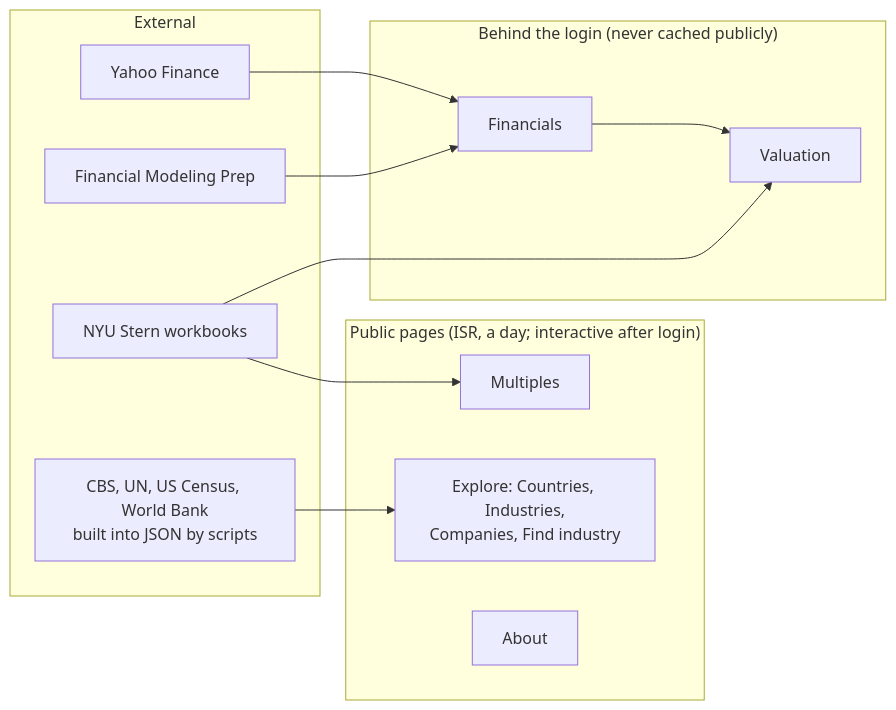
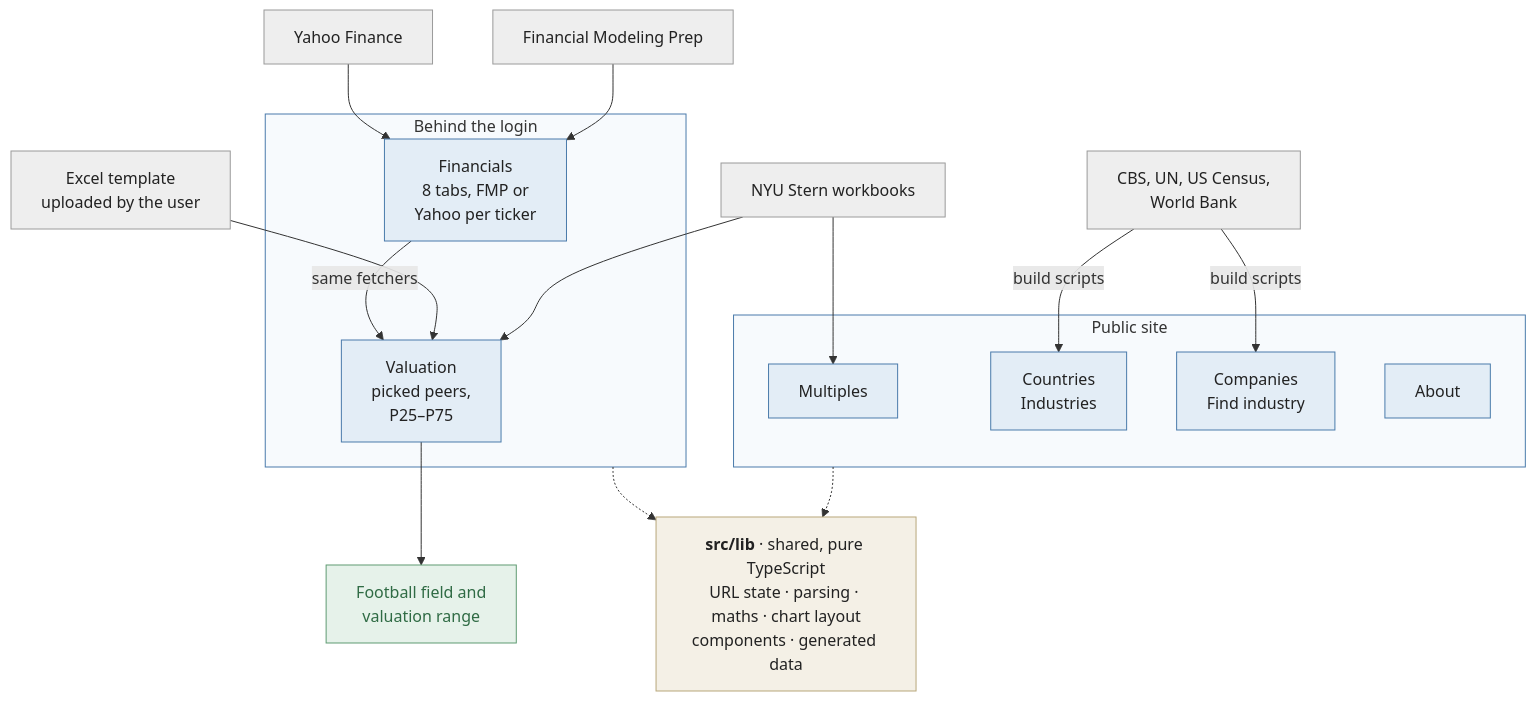
The first of 2 diagrams in docs/overview.md (jan-ru/my-svelte-app), drawn with Mermaid before and after one commit. The commit also changed other lines of this file, not shown here.

Commit message:
docs: draw the design at a glance as a landscape and a data flow (#95)
Restyle section 1 of docs/overview.md after the finance-tools design
page: a landscape (external sources, public and private pages, the
shared library, the valuation output) and the canonical data flow from
fetch to cached response, both in Mermaid with the same colour coding.

Claude-Session: https://claude.ai/code/session_01C6Ed2HfEEQChBFcNmEhXdR

````diff
--- a/docs/overview.md
+++ b/docs/overview.md
@@ -11,24 +15,47 @@
 ```mermaid
-flowchart LR
-  subgraph External
-    NYU[NYU Stern workbooks]
-    REF[CBS, UN, US Census, World Bank<br/>built into JSON by scripts]
-    FMP[Financial Modeling Prep]
-    YF[Yahoo Finance]
+flowchart TB
+  NYU[NYU Stern workbooks]
+  REF[CBS, UN, US Census,<br/>World Bank]
+  FMP[Financial Modeling Prep]
+  YF[Yahoo Finance]
+  XL[Excel template<br/>uploaded by the user]
+
+  subgraph PUB["Public site"]
+    M[Multiples]
+    C[Countries<br/>Industries]
+    CO[Companies<br/>Find industry]
+    AB[About]
   end
-  subgraph Public["Public pages (ISR, a day; interactive after login)"]
-    M[Multiples]
-    E[Explore: Countries, Industries,<br/>Companies, Find industry]
-    A[About]
+
+  subgraph PRIV["Behind the login"]
+    F[Financials<br/>8 tabs, FMP or<br/>Yahoo per ticker]
+    V[Valuation<br/>picked peers,<br/>P25–P75]
   end
-  subgraph Private["Behind the login (never cached publicly)"]
-    F[Financials]
-    V[Valuation]
-  end
+
+  OUT[Football field and<br/>valuation range]
+
+  LIB["<b>src/lib</b> · shared, pure TypeScript<br/>URL state · parsing · maths · chart layout<br/>components · generated data"]
+
   NYU --> M
   NYU --> V
-  REF --> E
+  REF -->|build scripts| C
+  REF -->|build scripts| CO
   FMP --> F
   YF --> F
-  F --> V
+  XL --> V
+  F -->|same fetchers| V
+  V --> OUT
+  PUB -.-> LIB
+  PRIV -.-> LIB
+
+  classDef ext fill:#eeeeee,stroke:#9a9a9a,color:#222222
+  classDef sys fill:#e3edf6,stroke:#4a7bab,color:#222222
+  classDef out fill:#e6f2ea,stroke:#5f9b72,color:#2f6b44
+  classDef lib fill:#f4f0e6,stroke:#b8a77a,color:#222222
+  class NYU,REF,FMP,YF,XL ext
+  class M,C,CO,AB,F,V sys
+  class OUT out
+  class LIB lib
+  style PUB fill:#f7fafd,stroke:#4a7bab
+  style PRIV fill:#f7fafd,stroke:#4a7bab
 ```
````
